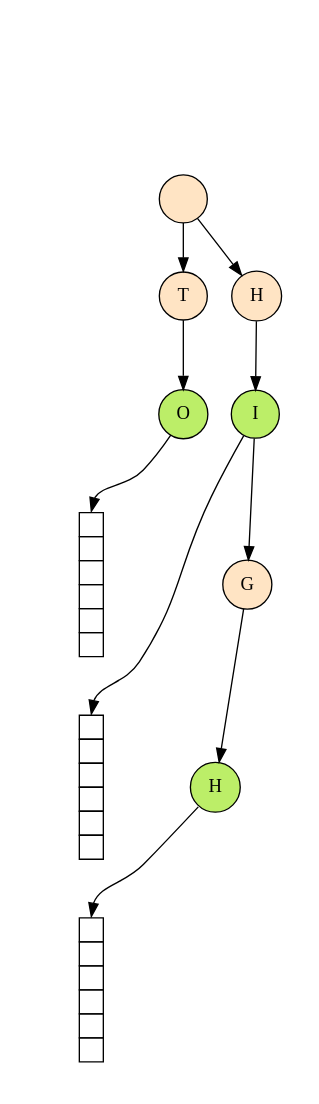
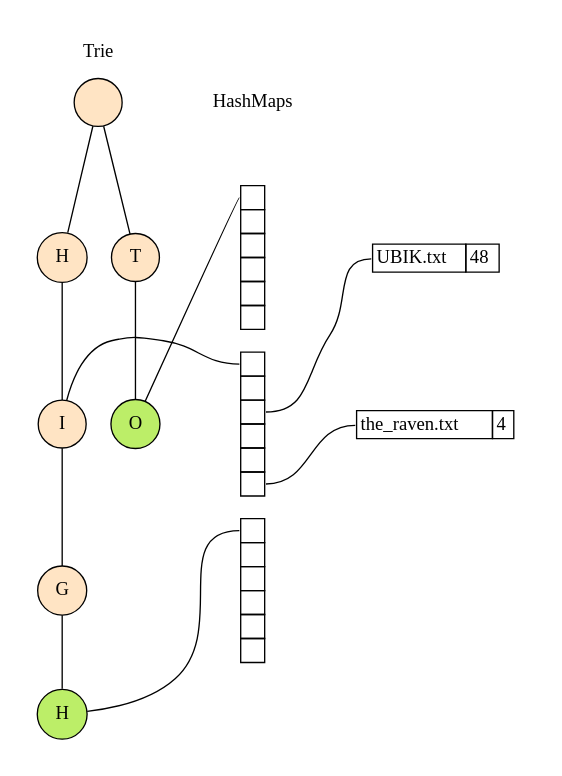
The diagram in Documentation/overview/structure.dot (FacuBar/proyecto-grupo2), drawn with Graphviz before and after one commit. The commit also changed 2 other files, not shown here.

Commit message:
Expand presentation and corrected structure graph

```diff
--- a/Documentation/overview/structure.dot
+++ b/Documentation/overview/structure.dot
@@ -1,69 +1,78 @@
 digraph G {
+  ranksep = 0.125;
   node [ shape = circle, style = filled, fillcolor = bisque ];
+  edge [ arrowhead = none ];
 
-  subgraph trie_end {
+  subgraph cluster_trie {
+    label = Trie;
+    graph [ color = invis ];
+    edge [ constraint = true ];
+
+    C [ label = "" ];
+    H1 [ label = "H" ];
+    I;
+    G;
+
+    T;
+
     node [ fillcolor = darkolivegreen2 ];
+    O;
     I;
-    H2;
-    O;
+    H2 [ label = "H" ];
   }
 
-  subgraph hash_map {
+  subgraph cluster_hash {
+    graph [ color = invis ];
+
+    hashstart [ shape = box, color = invis, fillcolor = invis, label = HashMaps ];
+
     node [ shape = plaintext, fillcolor = white ];
     node [ label = <
       <table border="0" cellborder="1" cellpadding="8" cellspacing="0">
         <tr><td port="start"></td></tr>
         <tr><td></td></tr>
+        <tr><td port="middle"></td></tr>
         <tr><td></td></tr>
         <tr><td></td></tr>
-        <tr><td></td></tr>
-        <tr><td></td></tr>
+        <tr><td port="end"></td></tr>
       </table>
     > ];
+
     hash1;
     hash2;
     hash3;
+
+    hashstart -> hash1 -> hash2 -> hash3 [ style = invis ];
   }
 
-  subgraph cluster_trie {
+  subgraph cluster_docs {
     graph [ color = invis ];
 
-    C -> H1 -> I -> G -> H2;
-    C -> T -> O;
+    docstart [ style = invis ];
+
+    node [ shape = plaintext, fillcolor = white ];
+    ubik [ label = <
+      <table border="0" cellborder="1" cellspacing="0">
+        <tr><td port="start">UBIK.txt</td><td>48</td></tr>
+      </table>
+    > ];
+    raven [ label = <
+      <table border="0" cellborder="1" cellspacing="0">
+        <tr><td port="start">the_raven.txt</td><td>4</td></tr>
+      </table>
+    > ];
+
+    docstart -> ubik -> raven [ style = invis ];
   }
+  
+  C -> H1 -> I -> G -> H2;
+  C -> T -> O;
 
-  subgraph cluster_hash {
-    graph [ color = invis ];
+  hash2:middle -> ubik:start [ constraint = false ];
+  hash2:end -> raven:start [ constraint = false ];
 
-    hash1 -> hash2 -> hash3 [ style = invis ];
-  }
-
-  subgraph {
-    newrank = true;
-    mix0 [ style = invis ];
-    mix1 [ style = invis ];
-    // mix0 -> mix1 [ rank = same, style = invis ];
-  }
-
-  subgraph cluster_mix {
-    graph [ color = invis ];
-
-    mix0 -> C [ lhead = cluster_trie, style = invis ];
-    mix1 -> hash1 [ lhead = cluster_hash, style = invis ];
-  }
-
-  C [ label = "" ];
-  H1 [ label = "H" ];
-  H2 [ label = "H" ];
-  I;
-  H2;
-  O;
-
-  hash1;
-  hash2;
-  hash3;
-
-  O -> hash1:start;
-  I -> hash2:start;
-  H2 -> hash3:start;
+  splines = spline;
+  O -> hash1:start [ constraint = false ];
+  I -> hash2:start [ constraint = false ];
+  H2 -> hash3:start [ constraint = false ];
 }
```
